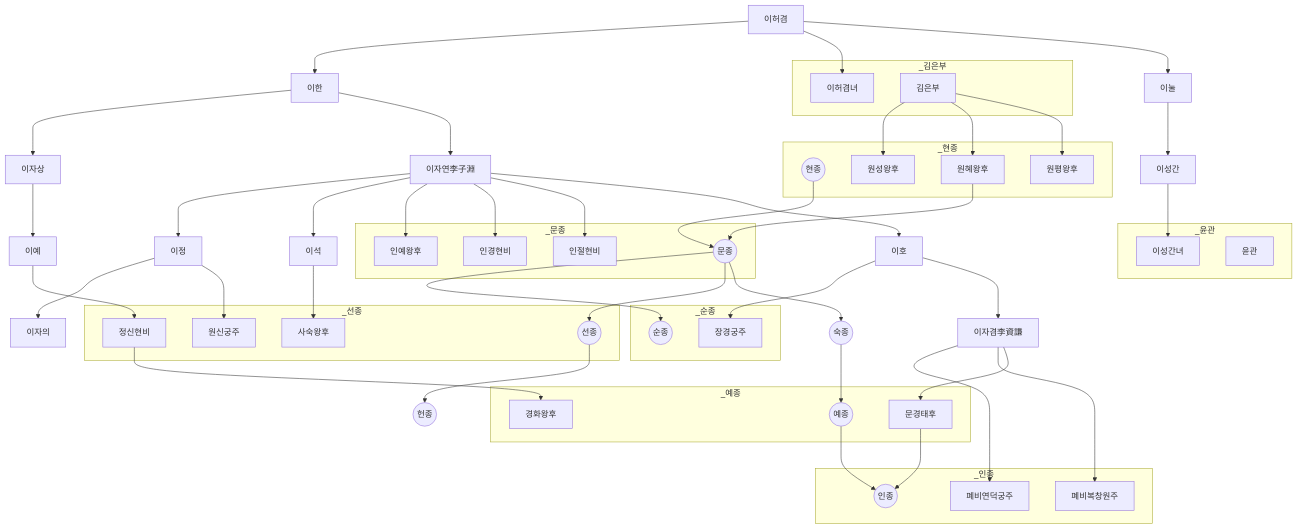
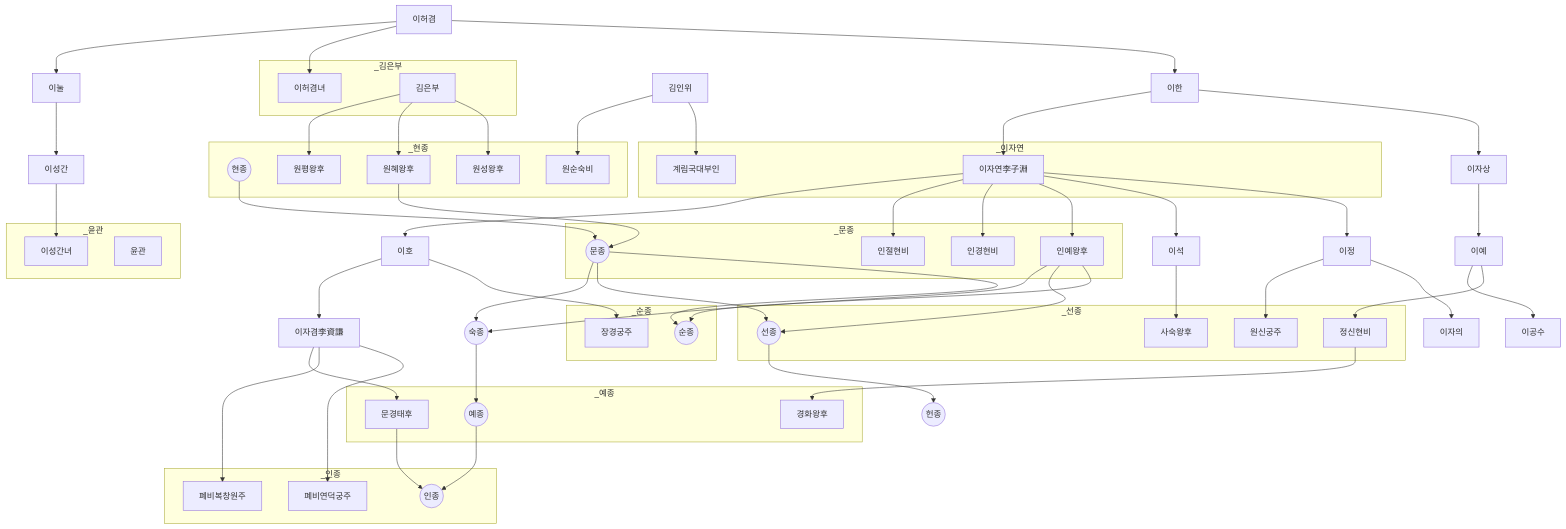
Before and after one commit to daewonyoon/historigram: the diagram in 한국사/이자겸중심.md, drawn with Mermaid. The commit also changed 2 other files, not shown here.

Commit message:
수정.

```diff
--- a/한국사/이자겸중심.md
+++ b/한국사/이자겸중심.md
@@ -31,6 +31,7 @@
     원성왕후
     원혜왕후
     원평왕후
+    원순숙비
     end
 
     subgraph _인종
@@ -38,6 +39,14 @@
     폐비연덕궁주
     폐비복창원주
     end
+
+    subgraph _이자연
+    이자연
+    계림국대부인
+    end
+
+    김인위 --> 계림국대부인
+    김인위 --> 원순숙비
 
     이자겸 --> 폐비연덕궁주
     이자겸 --> 폐비복창원주
@@ -72,6 +81,7 @@
     end
 
     이한 --> 이자상 --> 이예 --> 정신현비 --> 경화왕후
+    이예 --> 이공수
 
     이한 --> 이자연 --> 이호
     이호 --> 장경궁주
@@ -81,6 +91,9 @@
     문종 --> 순종
     문종 --> 선종 --> 헌종
     문종 --> 숙종 --> 예종
+    인예왕후 --> 순종
+    인예왕후 --> 선종
+    인예왕후 --> 숙종
 
     subgraph _순종
     순종
```
